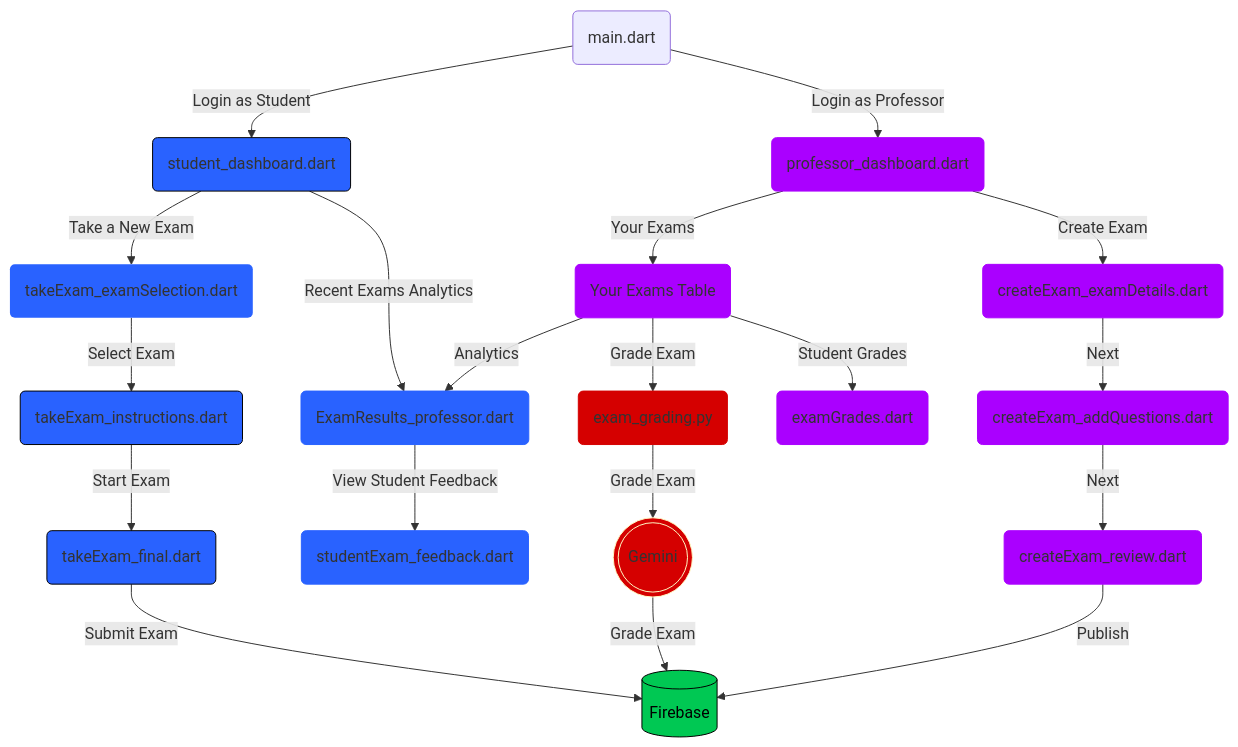
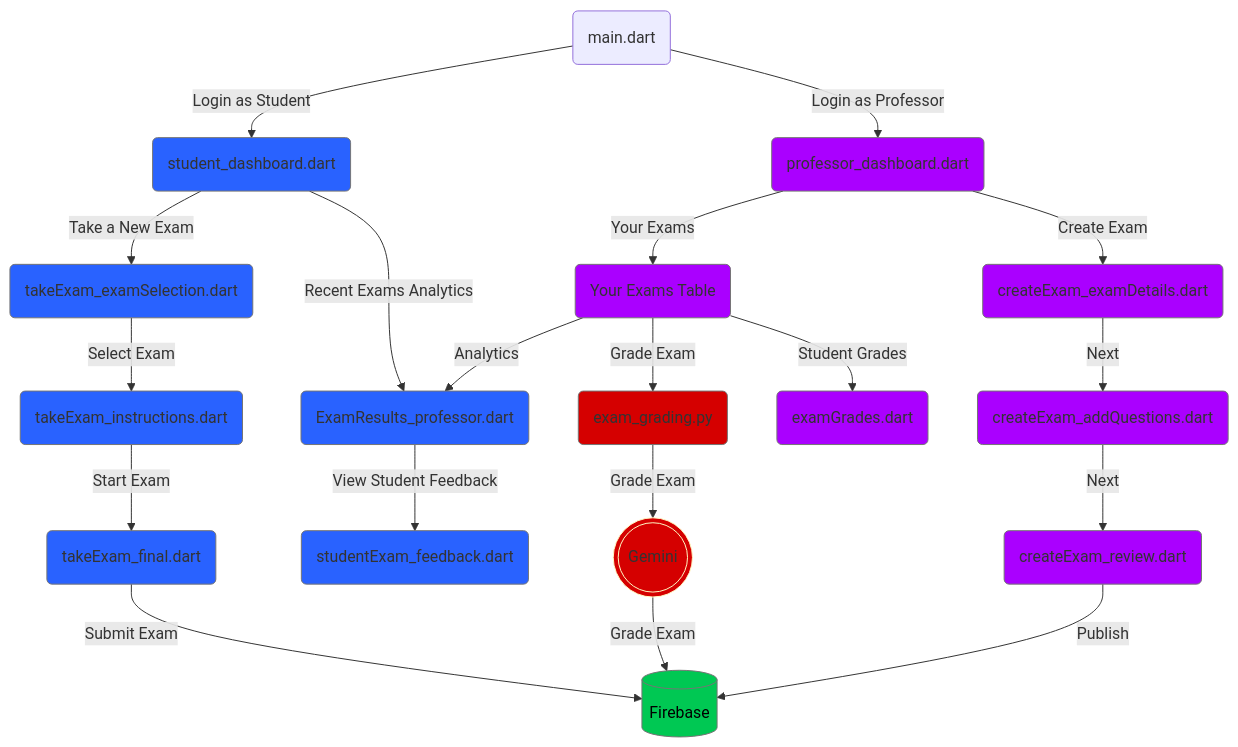
Before and after one commit to miniquinox/ExamAi-Flutter: the diagram in README.md, drawn with Mermaid.

Commit message:
Updated borders

````diff
--- a/README.md
+++ b/README.md
@@ -42,38 +42,36 @@
 ```mermaid
 flowchart TD
     A("main.dart") -- Login as Student --> B("student_dashboard.dart")
     A -- Login as Professor --> C("professor_dashboard.dart")
     B -- Take a New Exam --> D("takeExam_examSelection.dart")
     B -- Recent Exams Analytics --> I("ExamResults_professor.dart")
     D -- Select Exam --> F("takeExam_instructions.dart")
     F -- Start Exam --> G("takeExam_final.dart")
     G -- Submit Exam --> H[("Firebase")]
     I -- View Student Feedback --> J("studentExam_feedback.dart")
     C -- Your Exams --> K("Your Exams Table")
     C -- Create Exam --> L("createExam_examDetails.dart")
     K -- Grade Exam --> M("exam_grading.py")
     M -- Grade Exam --> W((("Gemini")))
     W -- Grade Exam --> H
     K -- Analytics --> I
     K -- Student Grades --> N("examGrades.dart")
     L -- Next --> O("createExam_addQuestions.dart")
     O -- Next --> P("createExam_review.dart")
     P -- Publish --> H
-    style B stroke:#000000,fill:#2962FF
-    style C stroke:#AA00FF,fill:#AA00FF
-    style D stroke:none,fill:#2962FF
-    style I stroke:#2962FF,fill:#2962FF
-    style F stroke:#000000,fill:#2962FF
-    style G stroke:#000000,fill:#2962FF
-    style H stroke:#000000,fill:#00C853,color:#000000
-    style J stroke:#2962FF,fill:#2962FF
-    style K stroke:#AA00FF,fill:#AA00FF
-    style L stroke:#AA00FF,fill:#AA00FF
-    style M stroke:#D50000,fill:#D50000
+    style B stroke:#757575,fill:#2962FF
+    style C stroke:#757575,fill:#AA00FF
+    style D stroke:#757575,fill:#2962FF
+    style I stroke:#757575,fill:#2962FF
+    style F stroke:#757575,fill:#2962FF
+    style G stroke:#757575,fill:#2962FF
+    style H stroke:#757575,fill:#00C853,color:#000000
+    style J stroke:#757575,fill:#2962FF
+    style K stroke:#757575,fill:#AA00FF
+    style L stroke:#757575,fill:#AA00FF
+    style M stroke:#757575,fill:#D50000
     style W stroke:#FFF9C4,fill:#D50000
-    style N stroke:#AA00FF,fill:#AA00FF
-    style O stroke:#AA00FF,fill:#AA00FF
-    style P stroke:#AA00FF,fill:#AA00FF
-
-
+    style N stroke:#757575,fill:#AA00FF
+    style O stroke:#757575,fill:#AA00FF
+    style P stroke:#757575,fill:#AA00FF
 ```
````
